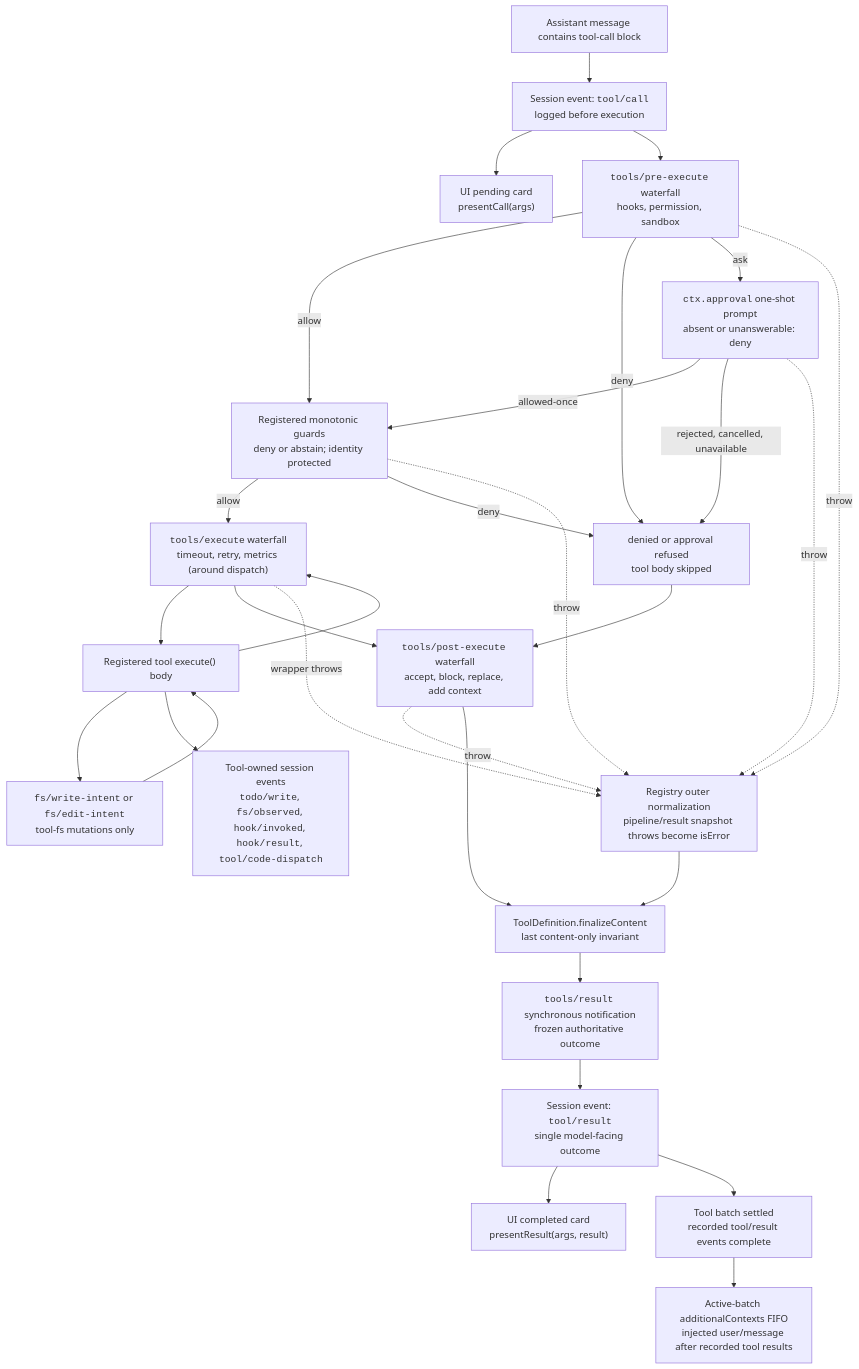
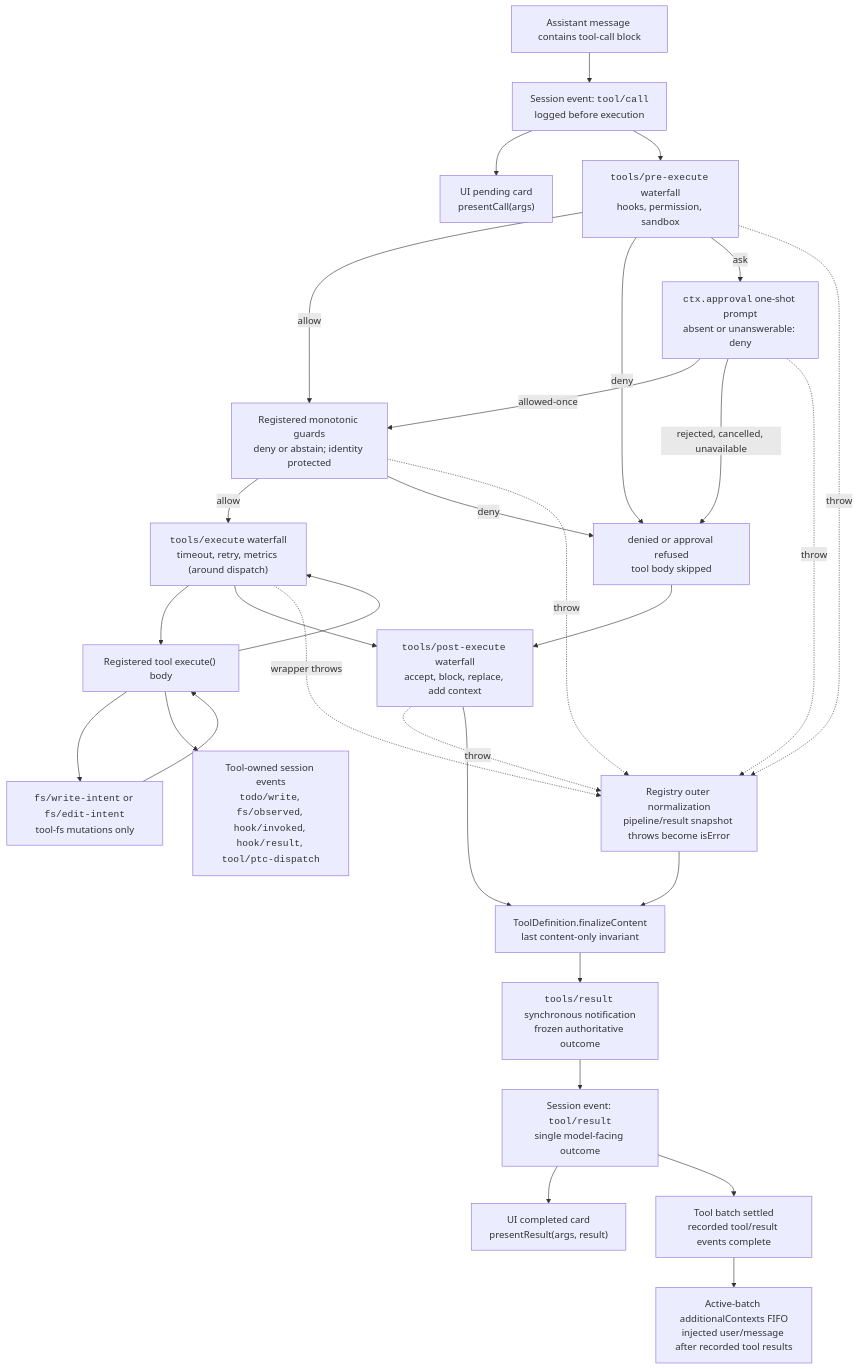
Before and after one commit to jsjm1986/CoHarness: the diagram in docs/tool-execution-pipeline.md, drawn with Mermaid. The commit also changed other lines of this file and 1417 other files, not shown here.

````diff
--- a/docs/tool-execution-pipeline.md
+++ b/docs/tool-execution-pipeline.md
@@ -8,51 +8,51 @@
 ```mermaid
 flowchart TD
   model["Assistant message contains tool-call block"]
   toolCall["Session event: <code>tool/call</code><br/>logged before execution"]
   presentCall["UI pending card<br/>presentCall(args)"]
   pre["<code>tools/pre-execute</code> waterfall<br/>hooks, permission, sandbox"]
   guards["Registered monotonic guards<br/>deny or abstain; identity protected"]
   denied["denied or approval refused<br/>tool body skipped"]
   approval["<code>ctx.approval</code> one-shot prompt<br/>absent or unanswerable: deny"]
   around["<code>tools/execute</code> waterfall<br/>timeout, retry, metrics (around dispatch)"]
   toolBody["Registered tool execute() body"]
   fsGate["<code>fs/write-intent</code> or <code>fs/edit-intent</code><br/>tool-fs mutations only"]
-  owned["Tool-owned session events<br/><code>todo/write</code>, <code>fs/observed</code>, <code>hook/invoked</code>, <code>hook/result</code>, <code>tool/code-dispatch</code>"]
+  owned["Tool-owned session events<br/><code>todo/write</code>, <code>fs/observed</code>, <code>hook/invoked</code>, <code>hook/result</code>, <code>tool/ptc-dispatch</code>"]
   post["<code>tools/post-execute</code> waterfall<br/>accept, block, replace, add context"]
   normalized["Registry outer normalization<br/>pipeline/result snapshot throws become isError"]
   finalize["ToolDefinition.finalizeContent<br/>last content-only invariant"]
   final["<code>tools/result</code> synchronous notification<br/>frozen authoritative outcome"]
   context["Active-batch additionalContexts FIFO<br/>injected user/message after recorded tool results"]
   toolResult["Session event: <code>tool/result</code><br/>single model-facing outcome"]
   allResults["Tool batch settled<br/>recorded tool/result events complete"]
   presentResult["UI completed card<br/>presentResult(args, result)"]
   model --> toolCall
   toolCall --> presentCall
   toolCall --> pre
   pre -->|allow| guards
   guards -->|allow| around
   guards -->|deny| denied
   guards -.->|throw| normalized
   around --> toolBody
   pre -->|deny| denied
   pre -->|ask| approval
   approval -->|allowed-once| guards
   approval -->|rejected, cancelled, unavailable| denied
   approval -.->|throw| normalized
   denied --> post
   pre -.->|throw| normalized
   toolBody --> fsGate
   fsGate --> toolBody
   toolBody --> owned
   toolBody --> around
   around --> post
   around -.->|wrapper throws| normalized
   post -.->|throw| normalized
   post --> finalize
   normalized --> finalize
   finalize --> final
   final --> toolResult
   toolResult --> presentResult
   toolResult --> allResults
   allResults --> context
 ```
````
